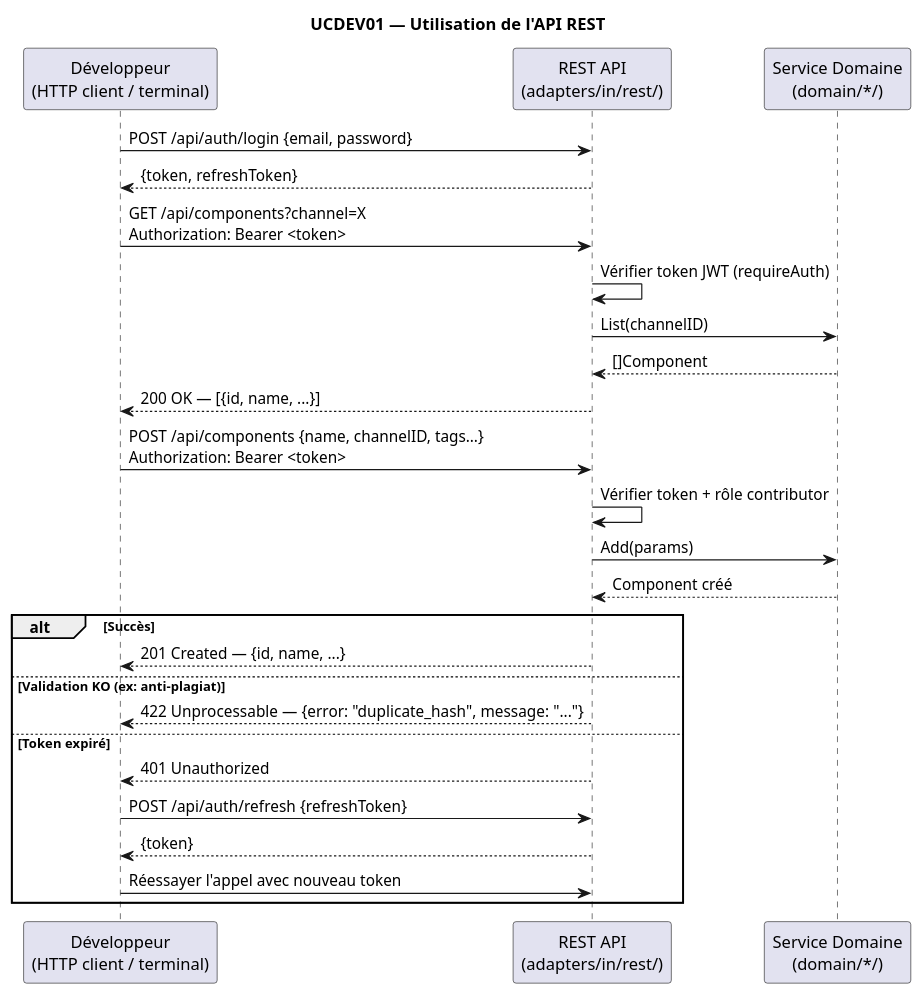
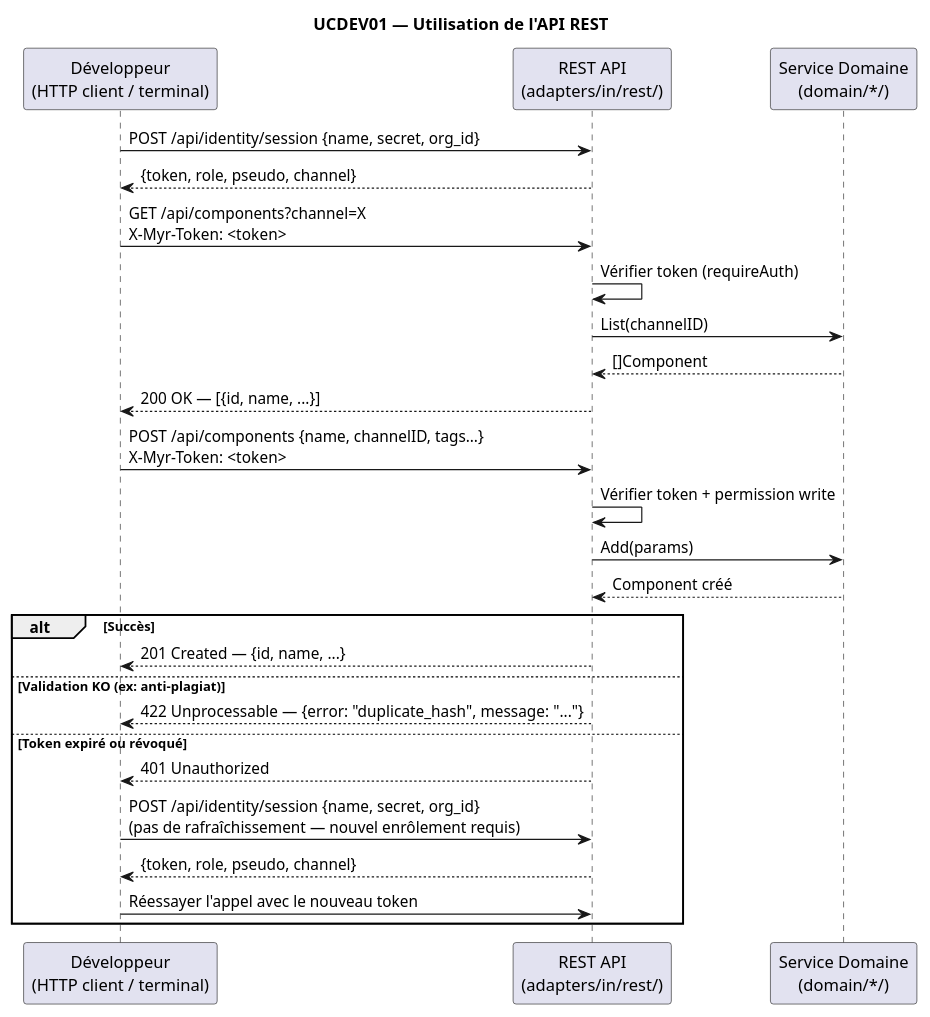
One commit to olivaux/myr changed the second of 2 diagrams in specs/2-Analyse/UCDEV-Developpement/UCDEV01.md. Above: the diagram before and after it, drawn with PlantUML. The commit also changed other lines of this file and 72 other files, not shown here.

````diff
--- a/specs/2-Analyse/UCDEV-Developpement/UCDEV01.md
+++ b/specs/2-Analyse/UCDEV-Developpement/UCDEV01.md
@@ -100,34 +99,34 @@
 ```plantuml
 @startuml
 title UCDEV01 — Utilisation de l'API REST
 
 participant "Développeur\n(HTTP client / terminal)" as Dev
 participant "REST API\n(adapters/in/rest/)" as REST
 participant "Service Domaine\n(domain/*/)" as Service
 
-Dev -> REST : POST /api/auth/login {email, password}
-REST --> Dev : {token, refreshToken}
+Dev -> REST : POST /api/identity/session {name, secret, org_id}
+REST --> Dev : {token, role, pseudo, channel}
 
-Dev -> REST : GET /api/components?channel=X\nAuthorization: Bearer <token>
-REST -> REST : Vérifier token JWT (requireAuth)
+Dev -> REST : GET /api/components?channel=X\nX-Myr-Token: <token>
+REST -> REST : Vérifier token (requireAuth)
 REST -> Service : List(channelID)
 Service --> REST : []Component
 REST --> Dev : 200 OK — [{id, name, ...}]
 
-Dev -> REST : POST /api/components {name, channelID, tags…}\nAuthorization: Bearer <token>
-REST -> REST : Vérifier token + rôle contributor
+Dev -> REST : POST /api/components {name, channelID, tags…}\nX-Myr-Token: <token>
+REST -> REST : Vérifier token + permission write
 REST -> Service : Add(params)
 Service --> REST : Component créé
 
 alt Succès
     REST --> Dev : 201 Created — {id, name, ...}
 else Validation KO (ex: anti-plagiat)
     REST --> Dev : 422 Unprocessable — {error: "duplicate_hash", message: "..."}
-else Token expiré
+else Token expiré ou révoqué
     REST --> Dev : 401 Unauthorized
-    Dev -> REST : POST /api/auth/refresh {refreshToken}
-    REST --> Dev : {token}
-    Dev -> REST : Réessayer l'appel avec nouveau token
+    Dev -> REST : POST /api/identity/session {name, secret, org_id}\n(pas de rafraîchissement — nouvel enrôlement requis)
+    REST --> Dev : {token, role, pseudo, channel}
+    Dev -> REST : Réessayer l'appel avec le nouveau token
 end
 @enduml
 ```
````
